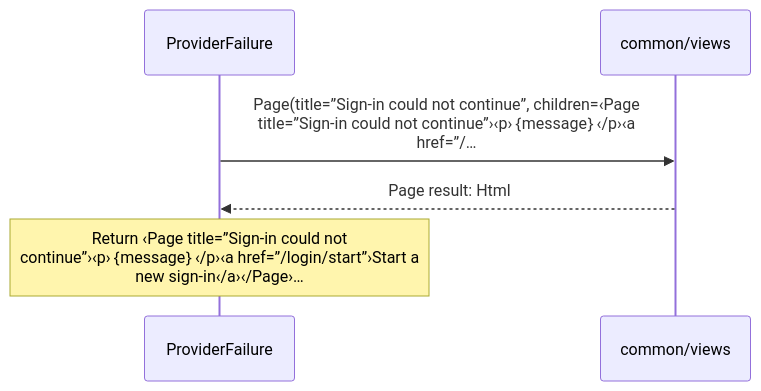
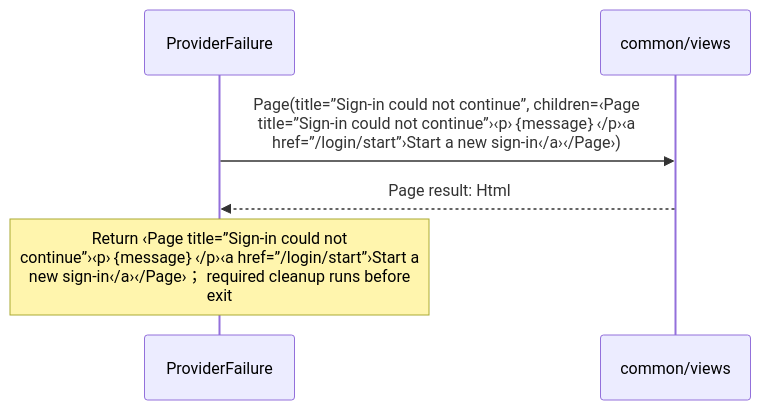
The second of 2 diagrams in docs/examples/oidc-login/provider/views-diagrams.md (GreenPandaStudios/augscript), drawn with Mermaid before and after one commit. The commit also changed other lines of this file and 658 other files, not shown here.

````diff
--- a/docs/examples/oidc-login/provider/views-diagrams.md
+++ b/docs/examples/oidc-login/provider/views-diagrams.md
@@ -43,8 +49,8 @@
 ```mermaid
 sequenceDiagram
     participant p0 as ProviderFailure
     participant p1 as common/views
-    p0->>p1: Page(title=”Sign-in could not continue”, children=‹Page<br/>title=”Sign-in could not continue”›‹p›｛message｝‹/p›‹a<br/>href=”/…
+    p0->>p1: Page(title=”Sign-in could not continue”, children=‹Page<br/>title=”Sign-in could not continue”›‹p›｛message｝‹/p›‹a<br/>href=”/login/start”›Start a new sign-in‹/a›‹/Page›)
     p1-->>p0: Page result: Html
-    Note over p0: Return ‹Page title=”Sign-in could not<br/>continue”›‹p›｛message｝‹/p›‹a href=”/login/start”›Start a<br/>new sign-in‹/a›‹/Page›…
+    Note over p0: Return ‹Page title=”Sign-in could not<br/>continue”›‹p›｛message｝‹/p›‹a href=”/login/start”›Start a<br/>new sign-in‹/a›‹/Page›； required cleanup runs before<br/>exit
 ```
````
